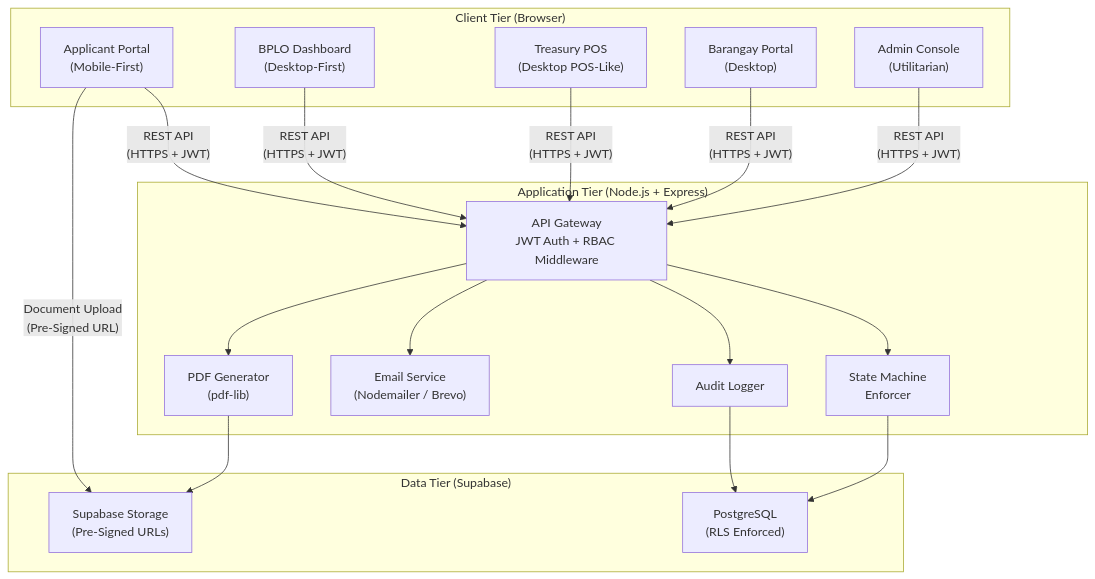
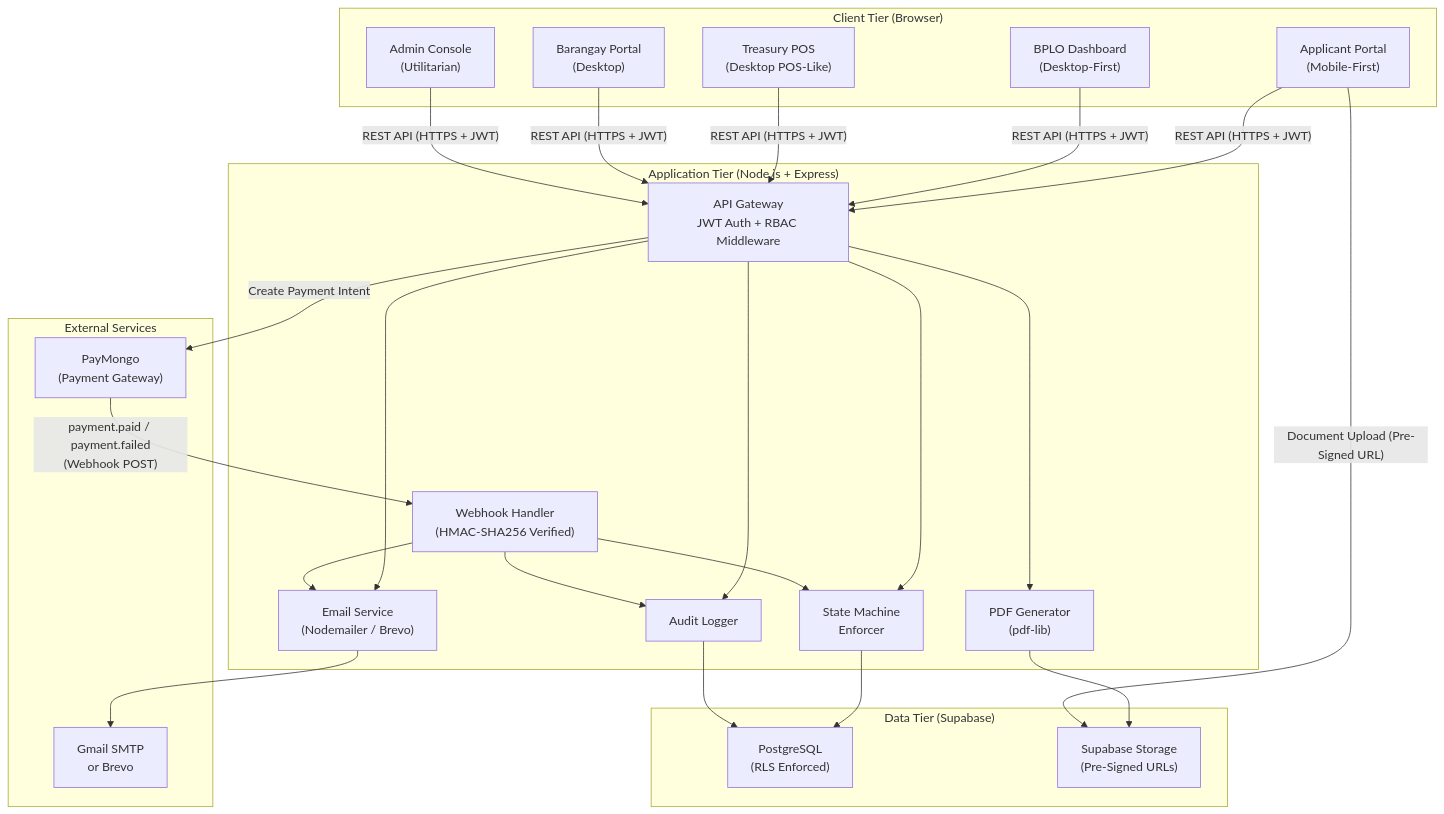
One commit to albuerocedrick/ebpls changed the first of 6 diagrams in system-planning/eBPLS_System_Architecture.md. Above: the diagram before and after it, drawn with Mermaid. The commit also changed other lines of this file and 3 other files, not shown here.

````diff
--- a/system-planning/eBPLS_System_Architecture.md
+++ b/system-planning/eBPLS_System_Architecture.md
@@ -14,33 +17,45 @@
 ```mermaid
 graph TB
     subgraph "Client Tier (Browser)"
         A["Applicant Portal<br/>(Mobile-First)"]
         B["BPLO Dashboard<br/>(Desktop-First)"]
         C["Treasury POS<br/>(Desktop POS-Like)"]
         D["Barangay Portal<br/>(Desktop)"]
         E["Admin Console<br/>(Utilitarian)"]
     end
 
     subgraph "Application Tier (Node.js + Express)"
         GW["API Gateway<br/>JWT Auth + RBAC Middleware"]
         SM["State Machine<br/>Enforcer"]
         AL["Audit Logger"]
         EM["Email Service<br/>(Nodemailer / Brevo)"]
         PDF["PDF Generator<br/>(pdf-lib)"]
+        WH["Webhook Handler<br/>(HMAC-SHA256 Verified)"]
     end
 
     subgraph "Data Tier (Supabase)"
         PG["PostgreSQL<br/>(RLS Enforced)"]
         FS["Supabase Storage<br/>(Pre-Signed URLs)"]
     end
 
-    A & B & C & D & E -->|"REST API<br/>(HTTPS + JWT)"| GW
+    subgraph "External Services"
+        PM["PayMongo<br/>(Payment Gateway)"]
+        SMTP["Gmail SMTP<br/>or Brevo"]
+    end
+
+    A & B & C & D & E -->|"REST API (HTTPS + JWT)"| GW
     GW --> SM
     GW --> AL
     SM --> PG
     AL --> PG
     GW --> EM
     GW --> PDF
     PDF --> FS
-    A -->|"Document Upload<br/>(Pre-Signed URL)"| FS
+    A -->|"Document Upload (Pre-Signed URL)"| FS
+    GW -->|"Create Payment Intent"| PM
+    PM -->|"payment.paid / payment.failed<br/>(Webhook POST)"| WH
+    WH --> SM
+    WH --> AL
+    WH --> EM
+    EM --> SMTP
 ```
````
